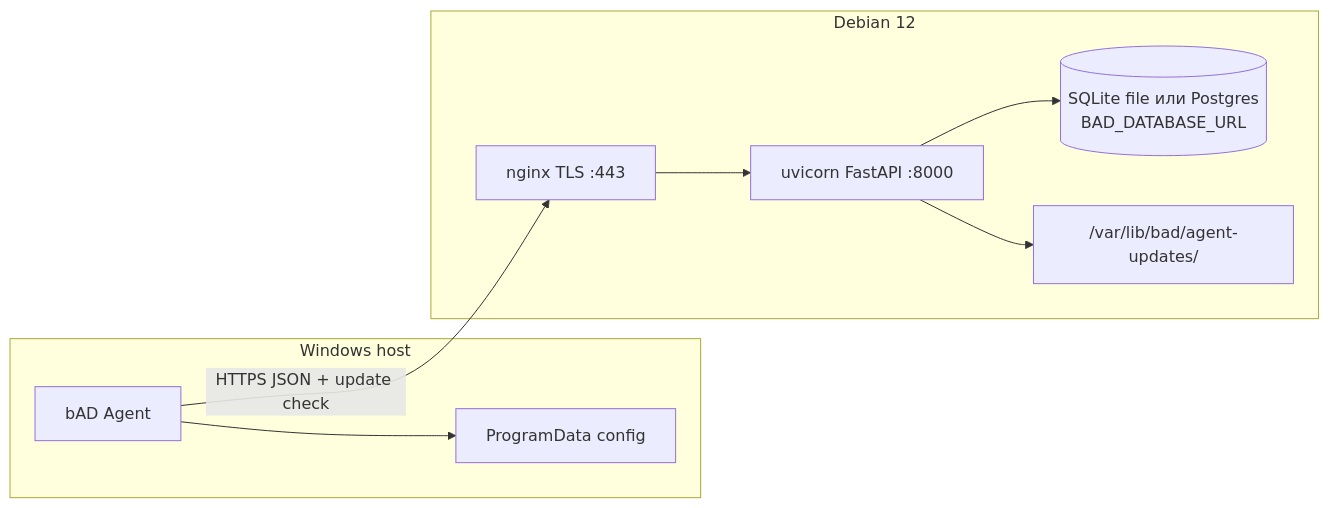
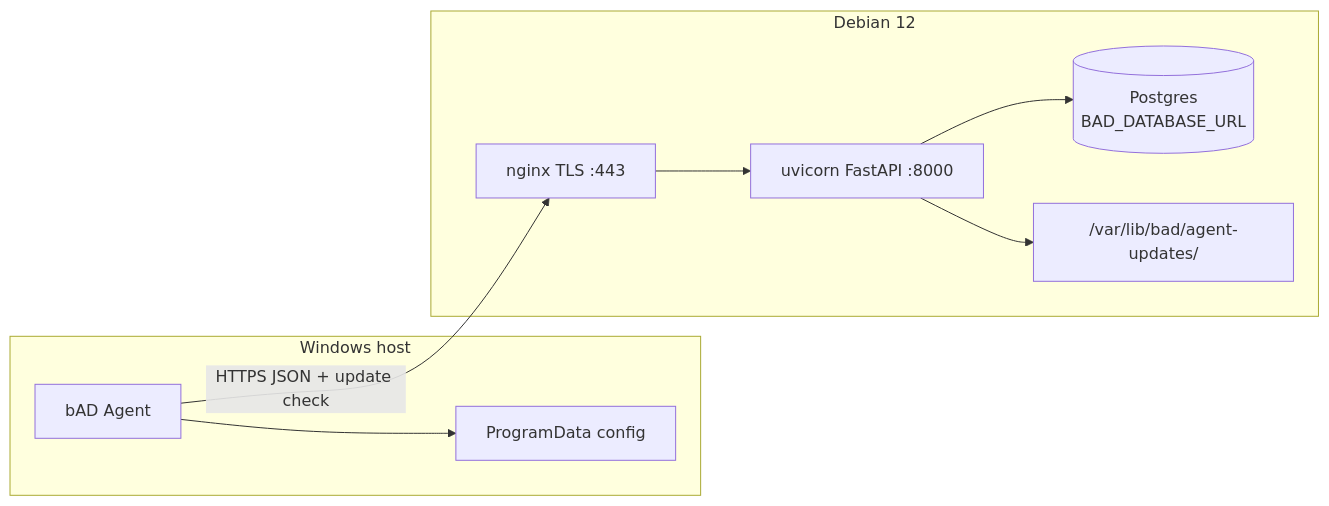
Before and after one commit to blazerity/bAD: the first of 3 diagrams in docs/architecture.md, drawn with Mermaid. The commit also changed other lines of this file and 2 other files, not shown here.

First line of the commit message:
docs: канон только Postgres, без SQLite

````diff
--- a/docs/architecture.md
+++ b/docs/architecture.md
@@ -20,17 +20,17 @@
 ```mermaid
 flowchart LR
   subgraph Win["Windows host"]
     SVC["bAD Agent"]
     CFG["ProgramData config"]
     SVC --> CFG
   end
   subgraph Deb["Debian 12"]
     NGX["nginx TLS :443"]
     API["uvicorn FastAPI :8000"]
-    DB[("SQLite file или Postgres\nBAD_DATABASE_URL")]
+    DB[("Postgres\nBAD_DATABASE_URL")]
     STORE["/var/lib/bad/agent-updates/"]
     NGX --> API --> DB
     API --> STORE
   end
   SVC -->|"HTTPS JSON + update check"| NGX
 ```
````
